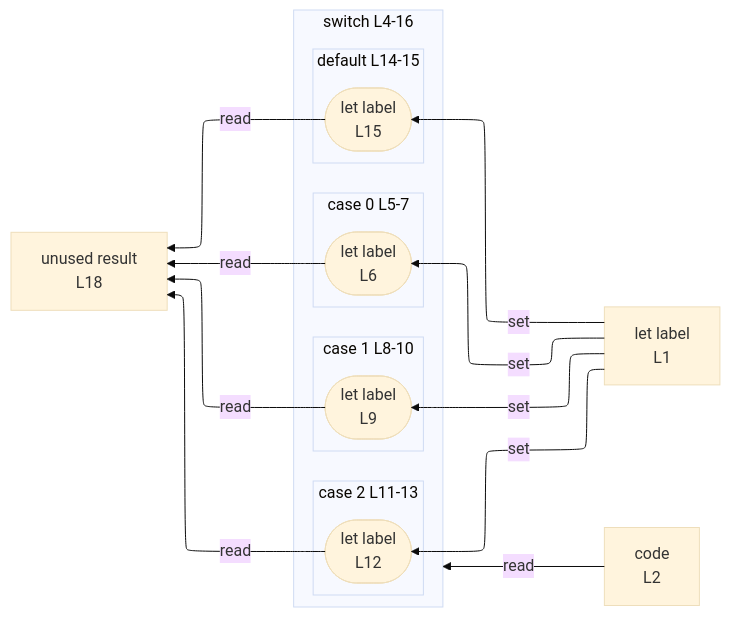
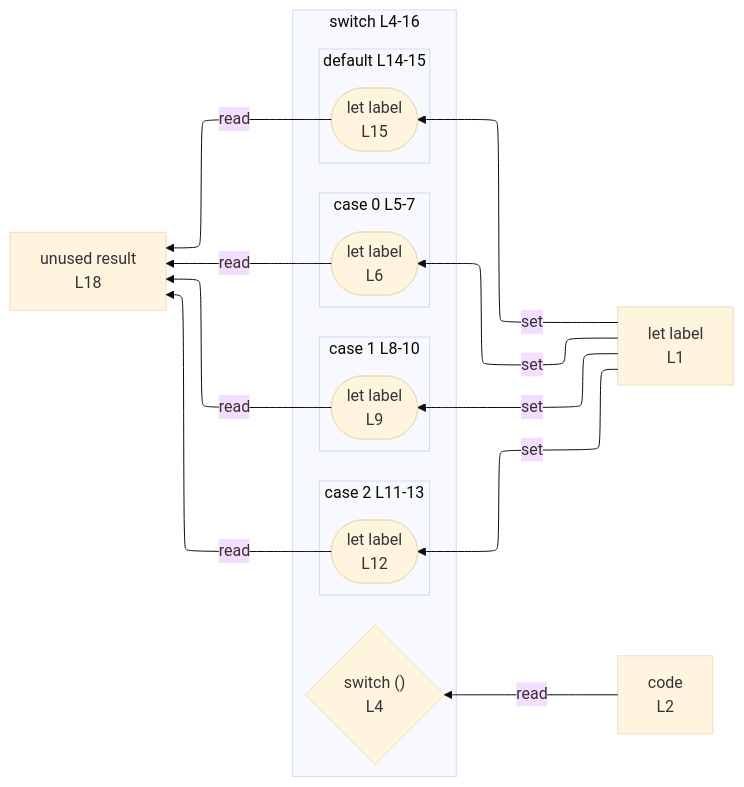
One commit to crescware/unsnarl changed the diagram in integration/fixtures/control-switch-numeric/preview.md. Above: the diagram before and after it, drawn with Mermaid (base theme). The commit also changed 65 other files, not shown here.

````diff
--- a/integration/fixtures/control-switch-numeric/preview.md
+++ b/integration/fixtures/control-switch-numeric/preview.md
@@ -28,35 +28,36 @@
 ```mermaid
 %%{init: {"flowchart": {"defaultRenderer": "elk"}}}%%
 flowchart RL
   n_scope_0_label_4["let label<br/>L1"]
   n_scope_0_code_22["code<br/>L2"]
   n_scope_0_result_210["unused result<br/>L18"]
   subgraph s_scope_1["switch L4-16"]
     direction RL
+    switch_discriminant_scope_0_33{"switch ()<br/>L4"}
     subgraph s_scope_2["case 0 L5-7"]
       direction RL
       wr_ref_1(["let label<br/>L6"])
     end
     subgraph s_scope_3["case 1 L8-10"]
       direction RL
       wr_ref_2(["let label<br/>L9"])
     end
     subgraph s_scope_4["case 2 L11-13"]
       direction RL
       wr_ref_3(["let label<br/>L12"])
     end
     subgraph s_scope_5["default L14-15"]
       direction RL
       wr_ref_4(["let label<br/>L15"])
     end
   end
   n_scope_0_label_4 -->|set| wr_ref_1
   n_scope_0_label_4 -->|set| wr_ref_2
   n_scope_0_label_4 -->|set| wr_ref_3
   n_scope_0_label_4 -->|set| wr_ref_4
-  n_scope_0_code_22 -->|read| s_scope_1
+  n_scope_0_code_22 -->|read| switch_discriminant_scope_0_33
   wr_ref_1 -->|read| n_scope_0_result_210
   wr_ref_2 -->|read| n_scope_0_result_210
   wr_ref_3 -->|read| n_scope_0_result_210
   wr_ref_4 -->|read| n_scope_0_result_210
 ```
````
